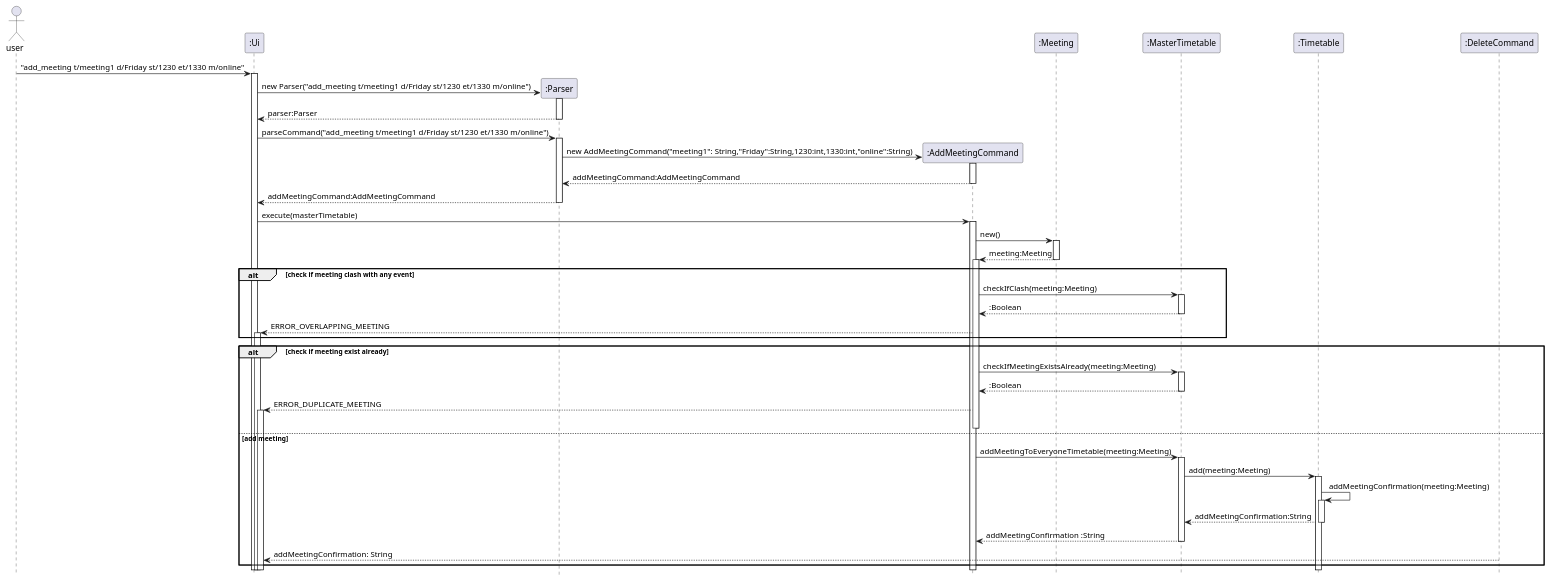
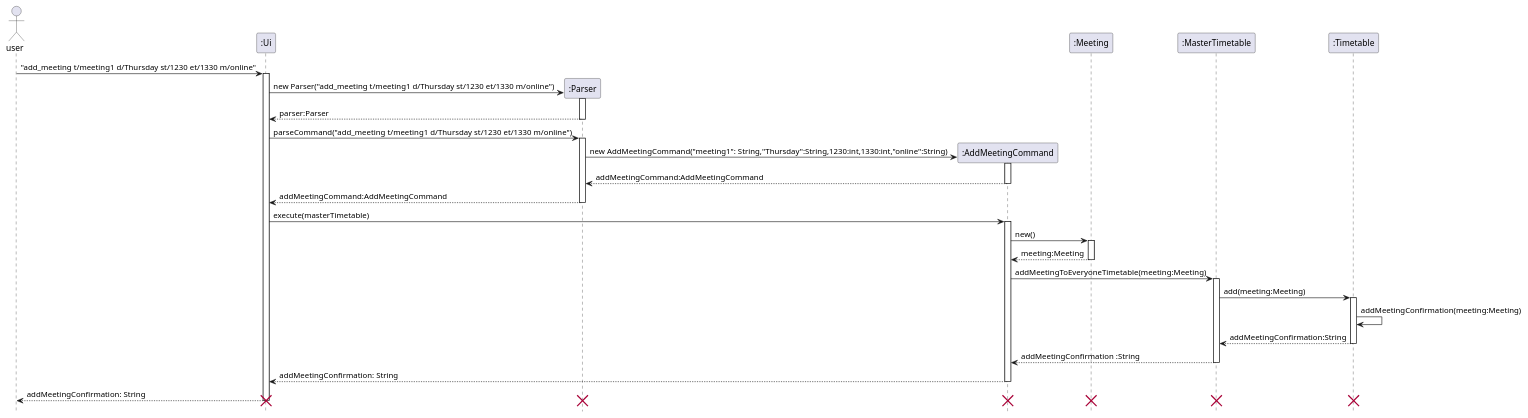
One commit to nus-cs2113-AY2122S2/tp changed the diagram in docs/diagrams/AddMeetingCommandSequence.puml. Above: the diagram before and after it, drawn with PlantUML. The commit also changed 2 other files, not shown here.

Commit message:
Edit AddMeeting sequence diagram Add object diagram for AddMeeting

```diff
--- a/docs/diagrams/AddMeetingCommandSequence.puml
+++ b/docs/diagrams/AddMeetingCommandSequence.puml
@@ -1,45 +1,32 @@
 @startuml
 hide footbox
 actor user
 
 
-user -> ":Ui" ++ :"add_meeting t/meeting1 d/Friday st/1230 et/1330 m/online"
+user -> ":Ui" ++ :"add_meeting t/meeting1 d/Thursday st/1230 et/1330 m/online"
 create ":Parser"
-":Ui" -> ":Parser" ++: new Parser("add_meeting t/meeting1 d/Friday st/1230 et/1330 m/online")
+":Ui" -> ":Parser" ++: new Parser("add_meeting t/meeting1 d/Thursday st/1230 et/1330 m/online")
 ":Parser" --> ":Ui" --: parser:Parser
-":Ui" -> ":Parser" ++: parseCommand("add_meeting t/meeting1 d/Friday st/1230 et/1330 m/online")
+":Ui" -> ":Parser" ++: parseCommand("add_meeting t/meeting1 d/Thursday st/1230 et/1330 m/online")
 create ":AddMeetingCommand"
-":Parser" -> ":AddMeetingCommand" ++: new AddMeetingCommand("meeting1": String,"Friday":String,1230:int,1330:int,"online":String)
+":Parser" -> ":AddMeetingCommand" ++: new AddMeetingCommand("meeting1": String,"Thursday":String,1230:int,1330:int,"online":String)
 ":AddMeetingCommand" --> ":Parser" --: addMeetingCommand:AddMeetingCommand
 ":Parser" --> ":Ui" --: addMeetingCommand:AddMeetingCommand
 ":Ui" -> ":AddMeetingCommand" ++: execute(masterTimetable)
 ":AddMeetingCommand" -> ":Meeting" ++ : new()
 ":Meeting" --> ":AddMeetingCommand" --: meeting:Meeting
 
-alt check if meeting clash with any event
-
-activate ":AddMeetingCommand"
-":AddMeetingCommand" -> ":MasterTimetable" ++: checkIfClash(meeting:Meeting)
-":MasterTimetable" --> ":AddMeetingCommand" -- : :Boolean
-":AddMeetingCommand" --> ":Ui" ++: ERROR_OVERLAPPING_MEETING
-
-end
-
-alt check if meeting exist already
-activate ":AddMeetingCommand"
-":AddMeetingCommand" -> ":MasterTimetable" ++: checkIfMeetingExistsAlready(meeting:Meeting)
-":MasterTimetable" --> ":AddMeetingCommand" -- : :Boolean
-":AddMeetingCommand" --> ":Ui" ++: ERROR_DUPLICATE_MEETING
-deactivate ":AddMeetingCommand"
-else add meeting
-
 ":AddMeetingCommand" -> ":MasterTimetable" ++: addMeetingToEveryoneTimetable(meeting:Meeting)
 ":MasterTimetable" -> ":Timetable" ++ : add(meeting:Meeting)
-":Timetable" -> ":Timetable" ++: addMeetingConfirmation(meeting:Meeting)
+":Timetable" -> ":Timetable": addMeetingConfirmation(meeting:Meeting)
 ":Timetable" --> ":MasterTimetable" --: addMeetingConfirmation:String
 ":MasterTimetable" --> ":AddMeetingCommand" -- : addMeetingConfirmation :String
-":DeleteCommand" --> ":Ui" --: addMeetingConfirmation: String
-
-end
-
+":AddMeetingCommand" --> ":Ui" --: addMeetingConfirmation: String
+":Ui" --> "user" --: addMeetingConfirmation: String
+destroy ":AddMeetingCommand"
+destroy ":Parser"
+destroy ":Meeting"
+destroy ":Timetable"
+destroy ":MasterTimetable"
+destroy ":Ui"
 @enduml
```
